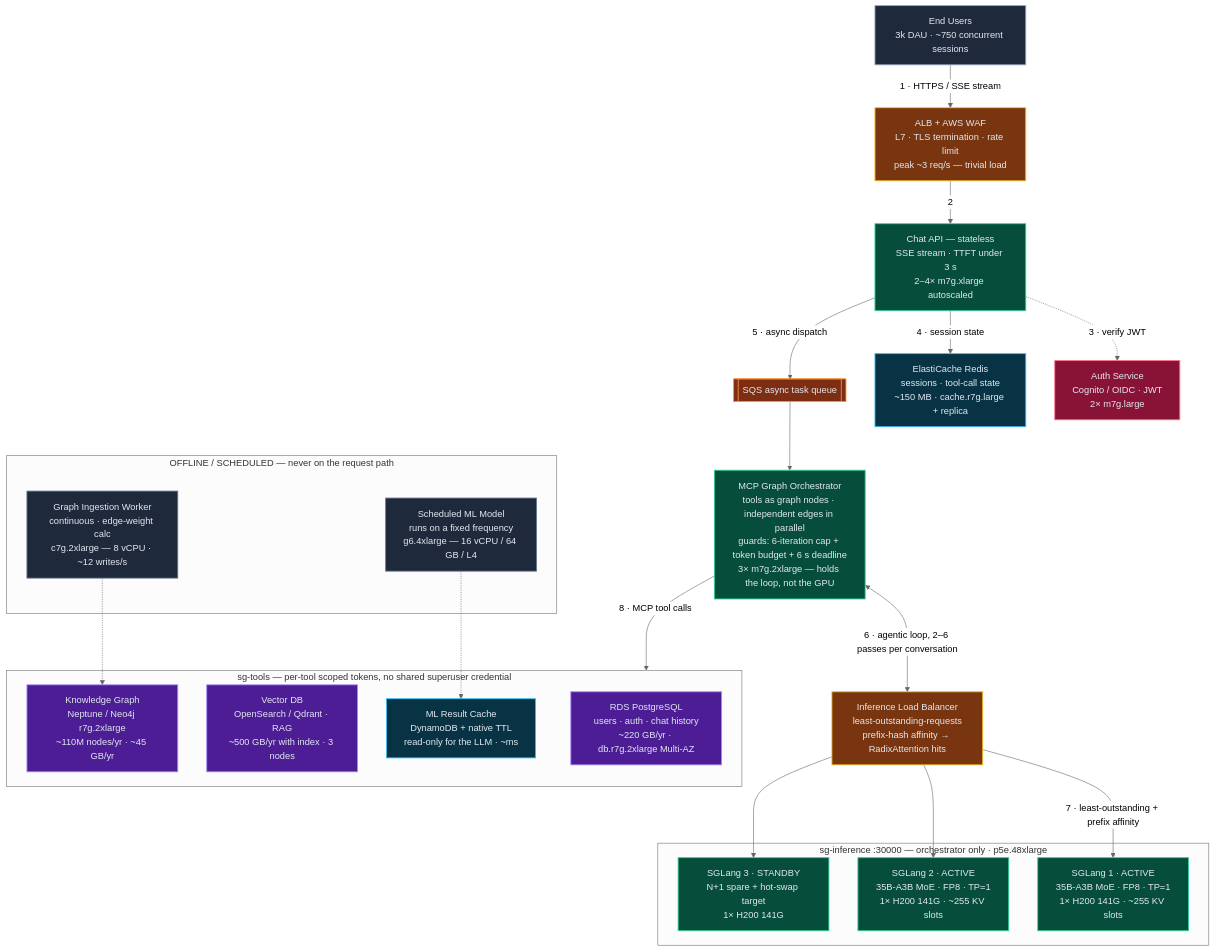
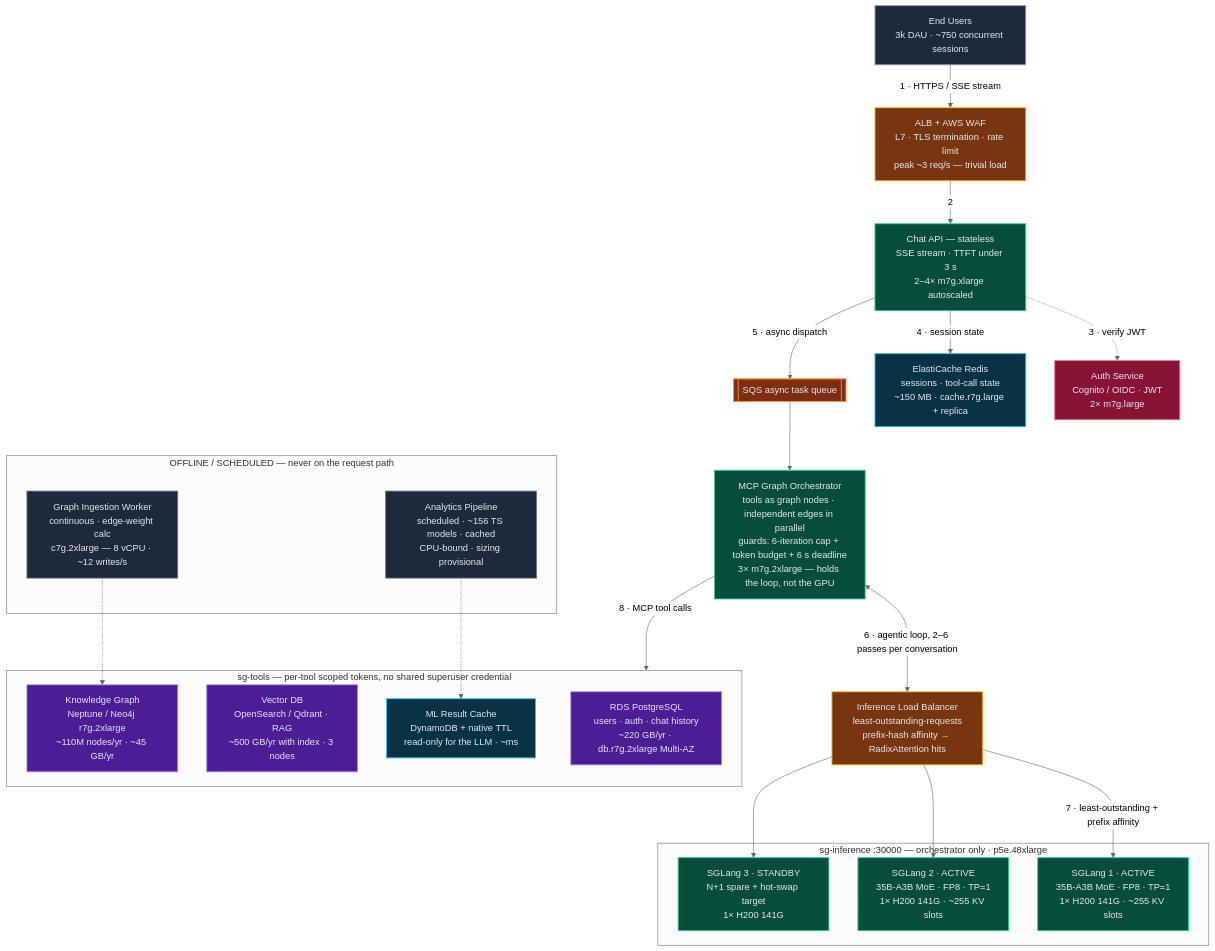
Before and after one commit to AstronAgent/sys-estimation: the first of 3 diagrams in deployment-architecture.md, drawn with Mermaid (neutral theme). The commit also changed other lines of this file and 8 other files, not shown here.

````diff
--- a/deployment-architecture.md
+++ b/deployment-architecture.md
@@ -20,61 +20,61 @@
 ```mermaid
 flowchart TB
     users["End Users<br/>3k DAU · ~750 concurrent sessions"]
     alb["ALB + AWS WAF<br/>L7 · TLS termination · rate limit<br/>peak ~3 req/s — trivial load"]
     auth["Auth Service<br/>Cognito / OIDC · JWT<br/>2× m7g.large"]
     api["Chat API — stateless<br/>SSE stream · TTFT under 3 s<br/>2–4× m7g.xlarge autoscaled"]
     redis["ElastiCache Redis<br/>sessions · tool-call state<br/>~150 MB · cache.r7g.large + replica"]
     sqs[["SQS async task queue"]]
     mcp["MCP Graph Orchestrator<br/>tools as graph nodes · independent edges in parallel<br/>guards: 6-iteration cap + token budget + 6 s deadline<br/>3× m7g.2xlarge — holds the loop, not the GPU"]
     ilb["Inference Load Balancer<br/>least-outstanding-requests<br/>prefix-hash affinity → RadixAttention hits"]
 
     subgraph gpupool["sg-inference :30000 — orchestrator only · p5e.48xlarge"]
         s1["SGLang 1 · ACTIVE<br/>35B-A3B MoE · FP8 · TP=1<br/>1× H200 141G · ~255 KV slots"]
         s2["SGLang 2 · ACTIVE<br/>35B-A3B MoE · FP8 · TP=1<br/>1× H200 141G · ~255 KV slots"]
         s3["SGLang 3 · STANDBY<br/>N+1 spare + hot-swap target<br/>1× H200 141G"]
     end
 
     subgraph toolsvc["sg-tools — per-tool scoped tokens, no shared superuser credential"]
         pg["RDS PostgreSQL<br/>users · auth · chat history<br/>~220 GB/yr · db.r7g.2xlarge Multi-AZ"]
         vec["Vector DB<br/>OpenSearch / Qdrant · RAG<br/>~500 GB/yr with index · 3 nodes"]
         kg["Knowledge Graph<br/>Neptune / Neo4j r7g.2xlarge<br/>~110M nodes/yr · ~45 GB/yr"]
         mlc["ML Result Cache<br/>DynamoDB + native TTL<br/>read-only for the LLM · ~ms"]
     end
 
     subgraph offline["OFFLINE / SCHEDULED — never on the request path"]
         giw["Graph Ingestion Worker<br/>continuous · edge-weight calc<br/>c7g.2xlarge — 8 vCPU · ~12 writes/s"]
-        sml["Scheduled ML Model<br/>runs on a fixed frequency<br/>g6.4xlarge — 16 vCPU / 64 GB / L4"]
+        sml["Analytics Pipeline<br/>scheduled · ~156 TS models · cached<br/>CPU-bound · sizing provisional"]
     end
 
     users -->|"1 · HTTPS / SSE stream"| alb
     alb -->|"2"| api
     api -.->|"3 · verify JWT"| auth
     api -->|"4 · session state"| redis
     api -->|"5 · async dispatch"| sqs
     sqs --> mcp
     mcp <-->|"6 · agentic loop, 2–6 passes per conversation"| ilb
     ilb -->|"7 · least-outstanding + prefix affinity"| s1
     ilb --> s2
     ilb --> s3
     mcp -->|"8 · MCP tool calls"| toolsvc
     giw -.-> kg
     sml -.-> mlc
 
     classDef svc fill:#064e3b,stroke:#34d399,stroke-width:1.5px,color:#e2e8f0
     classDef db fill:#4c1d95,stroke:#a78bfa,stroke-width:1.5px,color:#e2e8f0
     classDef lb fill:#78350f,stroke:#fbbf24,stroke-width:1.5px,color:#e2e8f0
     classDef sec fill:#881337,stroke:#fb7185,stroke-width:1.5px,color:#e2e8f0
     classDef cache fill:#083344,stroke:#38bdf8,stroke-width:1.5px,color:#e2e8f0
     classDef queue fill:#7c2d12,stroke:#fb923c,stroke-width:1.5px,color:#e2e8f0
     classDef job fill:#1e293b,stroke:#64748b,stroke-width:1.5px,color:#e2e8f0
     classDef ext fill:#1e293b,stroke:#94a3b8,stroke-width:1.5px,color:#e2e8f0
 
     class users ext
     class alb,ilb lb
     class auth sec
     class api,mcp,s1,s2,s3 svc
     class redis,mlc cache
     class sqs queue
     class pg,vec,kg db
     class giw,sml job
 ```
````
